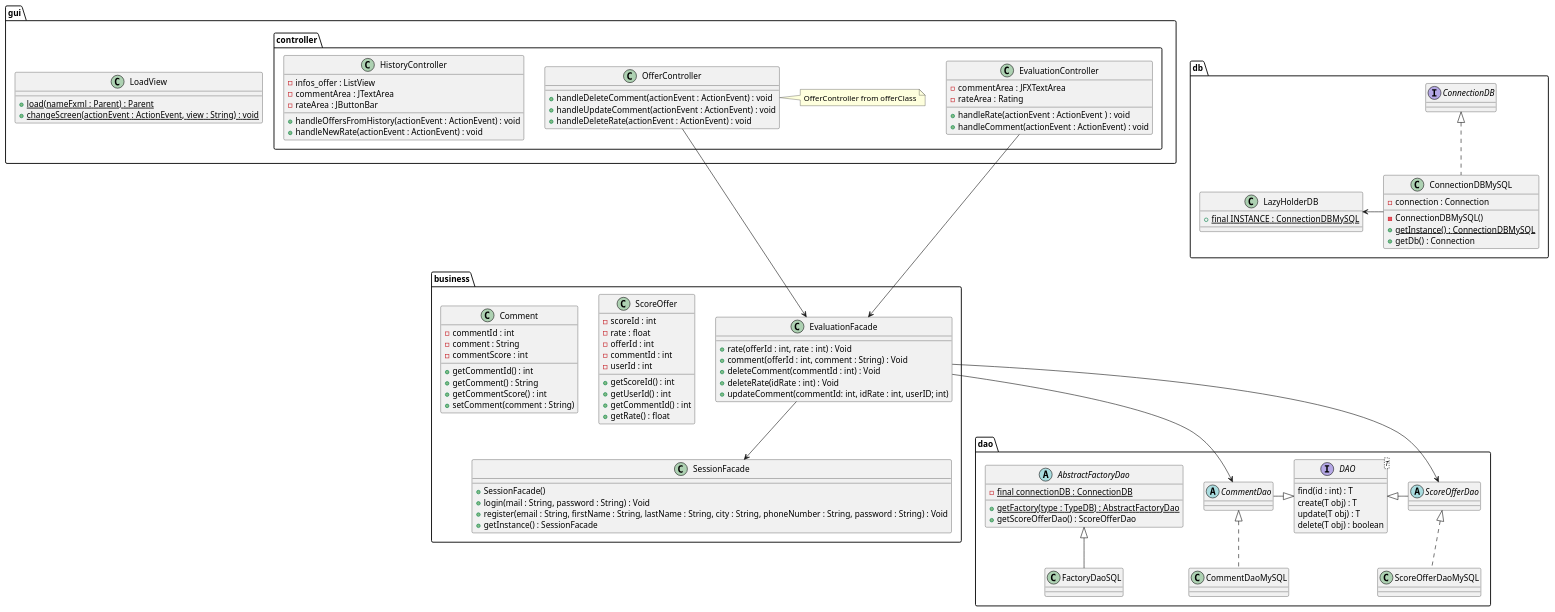
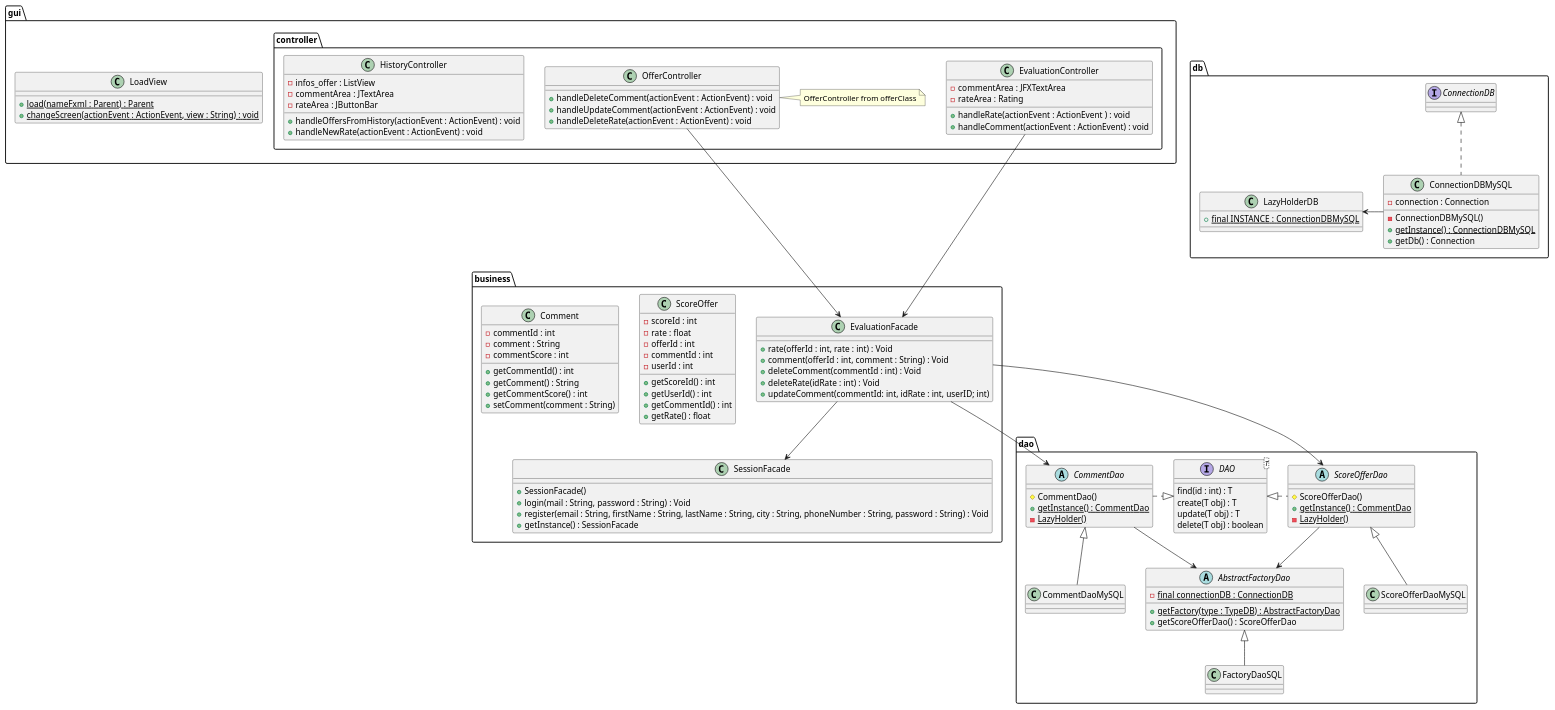
The diagram in documents/diagram/evaluation/evaluationClass.puml (LaunoisRemy/ToolShare), drawn with PlantUML before and after one commit. The commit also changed 3 other files, not shown here.

Commit message:
UML : reduce coupling Login

```diff
--- a/documents/diagram/evaluation/evaluationClass.puml
+++ b/documents/diagram/evaluation/evaluationClass.puml
@@ -1,134 +1,142 @@
 @startuml
 
 package dao {
 
 
     abstract ScoreOfferDao{
+         # ScoreOfferDao()
+         + {static} getInstance() : CommentDao
+         - {static} LazyHolder()
     }
     class ScoreOfferDaoMySQL
-    abstract CommentDao{
+        abstract CommentDao{
+         # CommentDao()
+         + {static} getInstance() : CommentDao
+         - {static} LazyHolder()
     }
     class CommentDaoMySQL
 
     AbstractFactoryDao <|-- FactoryDaoSQL
-    ScoreOfferDao <|.. ScoreOfferDaoMySQL
-    CommentDao <|.. CommentDaoMySQL
+    ScoreOfferDao <|-- ScoreOfferDaoMySQL
+    CommentDao <|-- CommentDaoMySQL
 
     interface DAO<T>{
         find(id : int) : T
         create(T obj) : T
         update(T obj) : T
         delete(T obj) : boolean
     }
 
     abstract AbstractFactoryDao{
         - {static} final connectionDB : ConnectionDB
         + {static} getFactory(type : TypeDB) : AbstractFactoryDao
         + getScoreOfferDao() : ScoreOfferDao
     }
 
     class FactoryDaoSQL{
     }
 
-    DAO <|- ScoreOfferDao
-    DAO <|-left CommentDao
+    DAO <|..Right ScoreOfferDao
+    DAO <|..left CommentDao
 }
 package db{
     class ConnectionDBMySQL{
         - connection : Connection
         - ConnectionDBMySQL()
         + {static} getInstance() : ConnectionDBMySQL
         + getDb() : Connection
     }
 
     class LazyHolderDB{
         + {static} final INSTANCE : ConnectionDBMySQL
     }
     interface ConnectionDB
     ConnectionDBMySQL -Left-> LazyHolderDB
     ConnectionDBMySQL .up.|> ConnectionDB
 
 }
 package business{
     class SessionFacade{
         + SessionFacade()
         + login(mail : String, password : String) : Void
         + register(email : String, firstName : String, lastName : String, city : String, phoneNumber : String, password : String) : Void
         + getInstance() : SessionFacade
     }
 
     class EvaluationFacade{
         + rate(offerId : int, rate : int) : Void
         + comment(offerId : int, comment : String) : Void
         + deleteComment(commentId : int) : Void
         + deleteRate(idRate : int) : Void
         + updateComment(commentId: int, idRate : int, userID; int)
     }
     class ScoreOffer{
         - scoreId : int
         - rate : float
         - offerId : int
         - commentId : int
         - userId : int
         + getScoreId() : int
         + getUserId() : int
         + getCommentId() : int
         + getRate() : float
     }
 
     class Comment{
     - commentId : int
     - comment : String
     - commentScore : int
     + getCommentId() : int
     + getComment() : String
     + getCommentScore() : int
     + setComment(comment : String)
     }
 }
 
 package gui{
 
     class LoadView{
         + {static} load(nameFxml : Parent) : Parent
         + {static} changeScreen(actionEvent : ActionEvent, view : String) : void
     }
 
     package controller{
 
         class EvaluationController{
             - commentArea : JFXTextArea
             - rateArea : Rating
 
             + handleRate(actionEvent : ActionEvent ) : void
             + handleComment(actionEvent : ActionEvent) : void
 
         }
         class HistoryController{
             - infos_offer : ListView
             - commentArea : JTextArea
             - rateArea : JButtonBar
             + handleOffersFromHistory(actionEvent : ActionEvent) : void
             + handleNewRate(actionEvent : ActionEvent) : void
 
         }
         class OfferController{
             + handleDeleteComment(actionEvent : ActionEvent) : void
             + handleUpdateComment(actionEvent : ActionEvent) : void
             + handleDeleteRate(actionEvent : ActionEvent) : void
 
         }
         note right : OfferController from offerClass
 
     }
 }
 
 EvaluationFacade <--Up- EvaluationController
 EvaluationFacade <--Up- OfferController
 EvaluationFacade --> SessionFacade
 EvaluationFacade --> CommentDao
 EvaluationFacade --> ScoreOfferDao
+CommentDao --> AbstractFactoryDao
+ScoreOfferDao --> AbstractFactoryDao
 
 
 
 @enduml
```
